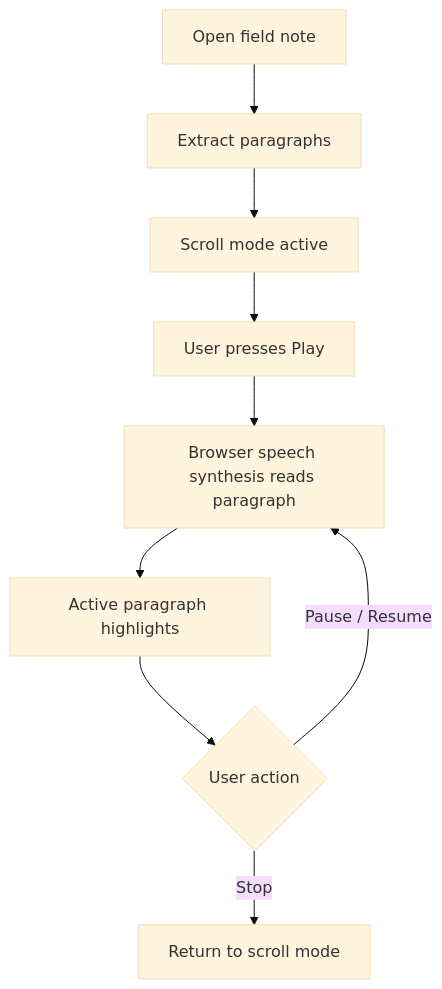
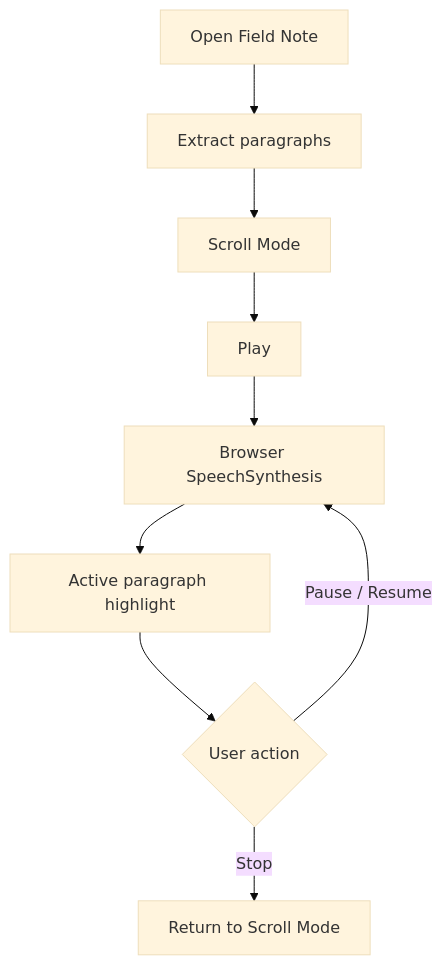
Before and after one commit to RPK2103/the-build-archive-showcase: the third of 4 diagrams in README.md, drawn with Mermaid (base theme). The commit also changed other lines of this file and 7 other files, not shown here.

````diff
--- a/README.md
+++ b/README.md
@@ -140,11 +143,11 @@
 ```mermaid
 flowchart TD
-    A[Open field note] --> B[Extract paragraphs]
-    B --> C[Scroll mode active]
-    C --> D[User presses Play]
-    D --> E[Browser speech synthesis reads paragraph]
-    E --> F[Active paragraph highlights]
-    F --> G{User action}
-    G -->|Pause / Resume| E
-    G -->|Stop| H[Return to scroll mode]
+  A[Open Field Note] --> B[Extract paragraphs]
+  B --> C[Scroll Mode]
+  C --> D[Play]
+  D --> E[Browser SpeechSynthesis]
+  E --> F[Active paragraph highlight]
+  F --> G{User action}
+  G -->|Pause / Resume| E
+  G -->|Stop| H[Return to Scroll Mode]
 ```
````
